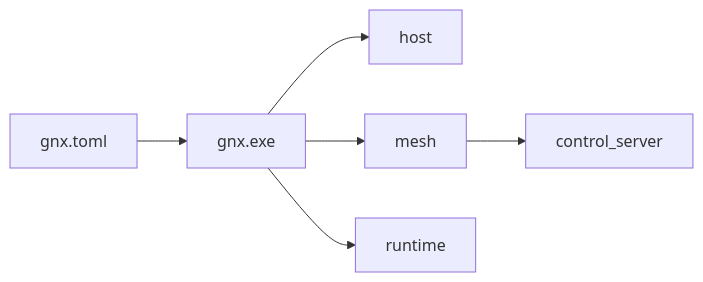
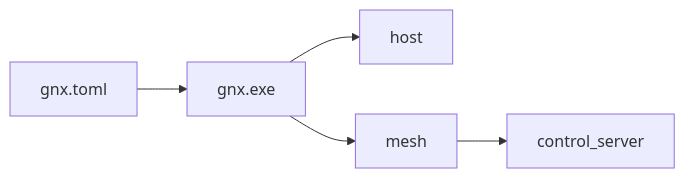
The diagram in docs/architecture.md (mayas-alas/quetzalcoatl), drawn with Mermaid before and after one commit. The commit also changed other lines of this file and 22 other files, not shown here.

````diff
--- a/docs/architecture.md
+++ b/docs/architecture.md
@@ -11,8 +11,7 @@
 ```mermaid
 flowchart LR
     C["gnx.toml"] --> R["gnx.exe"]
     R --> H["host"]
     R --> M["mesh"]
-    R --> T["runtime"]
     M --> E["control_server"]
 ```
````
